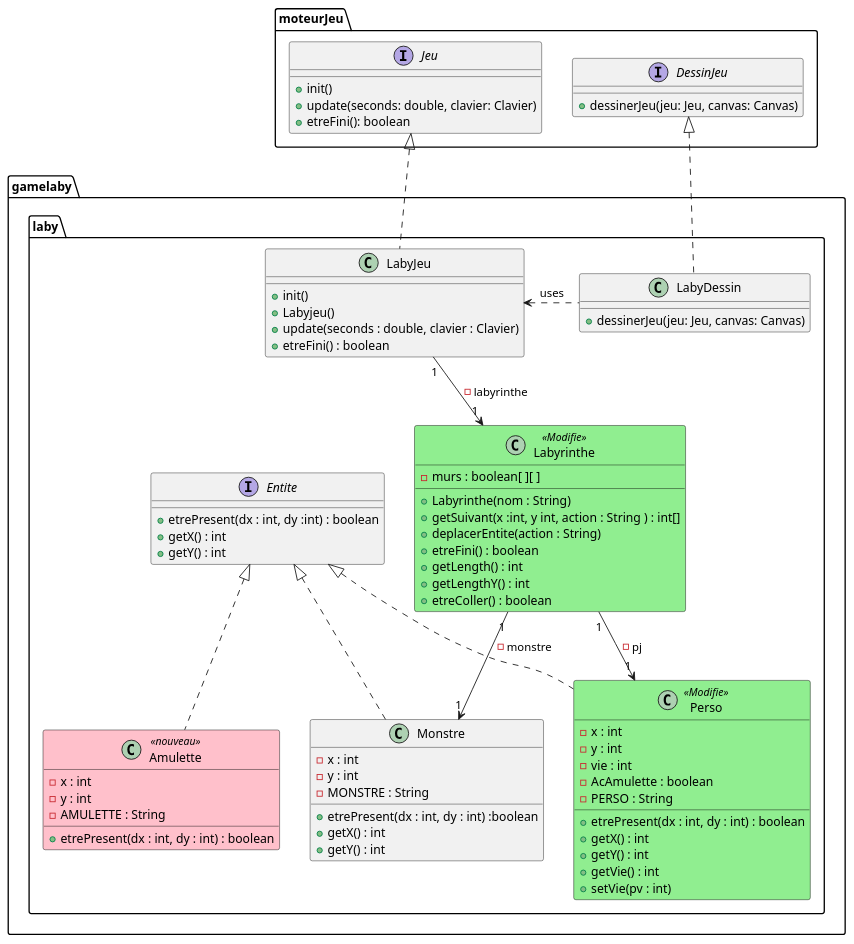
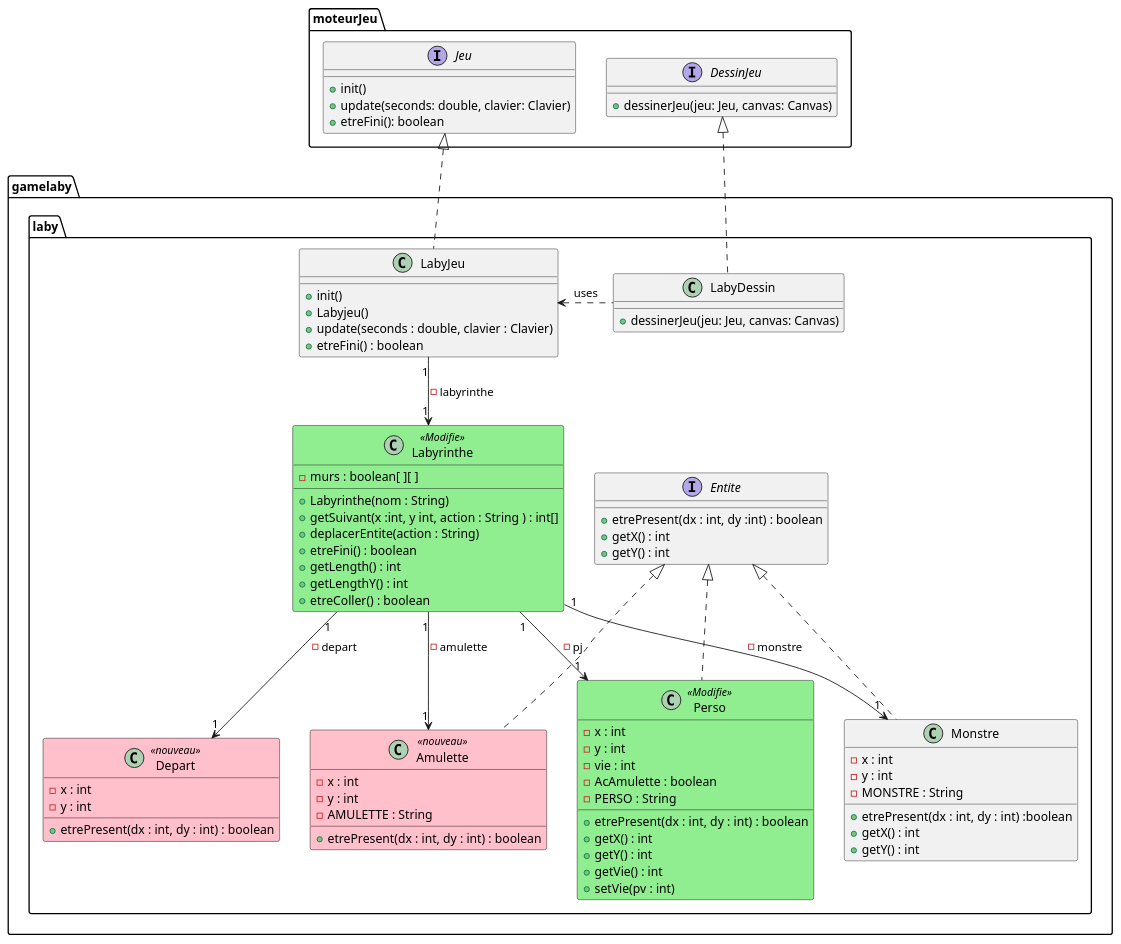
The diagram in zeldiablo/documents/version_3/DiagrammeClasseDeuxiemeIteration.puml (Jean-BaptisteEvan/2022_Zeldiablo_jeandidi3u_hary16u_jeanbap14u_dirand13u), drawn with PlantUML before and after one commit. The commit also changed 6 other files, not shown here.

Commit message:
modif diagramme

```diff
--- a/zeldiablo/documents/version_3/DiagrammeClasseDeuxiemeIteration.puml
+++ b/zeldiablo/documents/version_3/DiagrammeClasseDeuxiemeIteration.puml
@@ -2,94 +2,101 @@
 @startuml
 skinparam class{
     backgroundColor<<Nouveau>> Pink
     borderColor<<Nouveau>>  Black
     backgroundColor<<Modifie>> LightGreen
     borderColor<<Modifie>>  Black
 }
 package moteurJeu{
 interface Jeu{
 + init()
 + update(seconds: double, clavier: Clavier)
 + etreFini(): boolean
 }
 
 
 interface DessinJeu {
 + dessinerJeu(jeu: Jeu, canvas: Canvas)
 }
 }
 package gamelaby.laby{
     class LabyDessin{
         + dessinerJeu(jeu: Jeu, canvas: Canvas)
     }
 
 DessinJeu <|.. LabyDessin
     class LabyJeu{
         +init()
         +Labyjeu()
         +update(seconds : double, clavier : Clavier)
         +etreFini() : boolean
         }
 
 Jeu <|.. LabyJeu
 
     class Labyrinthe <<Modifie>>{
         -murs : boolean[ ][ ]
         +Labyrinthe(nom : String)
         +getSuivant(x :int, y int, action : String ) : int[]
         +deplacerEntite(action : String)
         +etreFini() : boolean
         +getLength() : int
         +getLengthY() : int
         +etreColler() : boolean
 
     }
 LabyJeu "1" --> "1" Labyrinthe : -labyrinthe
     interface Entite {
         +etrePresent(dx : int, dy :int) : boolean
         + getX() : int
         + getY() : int
 
 
 
     }
     class Perso <<Modifie>>{
     -x : int
     -y : int
     -vie : int
     -AcAmulette : boolean
     - PERSO : String
     +etrePresent(dx : int, dy : int) : boolean
     +getX() : int
     +getY() : int
     +getVie() : int
     +setVie(pv : int)
 
 
     }
     class Monstre{
     -x : int
     -y : int
     -MONSTRE : String
     +etrePresent(dx : int, dy : int) :boolean
     +getX() : int
     +getY() : int
 
     }
     class Amulette<<nouveau>>{
         -x : int
         -y : int
         -AMULETTE : String
         +etrePresent(dx : int, dy : int) : boolean
     }
+    class Depart<<nouveau>>{
+        -x : int
+        -y : int
+        + etrePresent(dx : int, dy : int) : boolean
+    }
 Entite <|.. Amulette
  Entite <|.. Perso
  Entite <|.. Monstre
  Labyrinthe "1" --> "1" Perso : -pj
  Labyrinthe "1" --> "1" Monstre : -monstre
+ Labyrinthe "1" --> "1" Amulette : -amulette
+ Labyrinthe "1" --> "1" Depart : -depart
  LabyJeu <. LabyDessin:uses
     }
 
 
 
 @enduml
```
